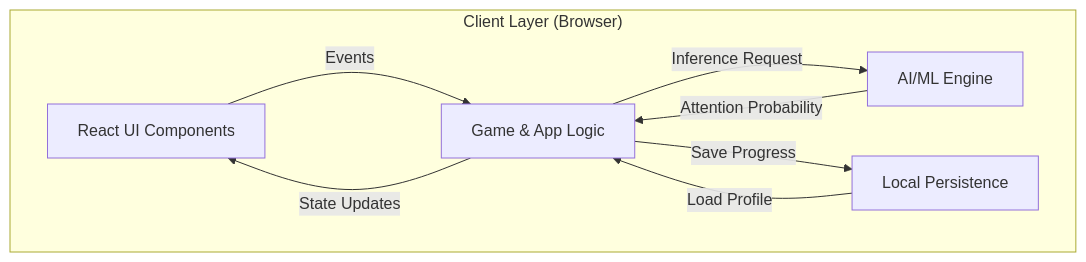
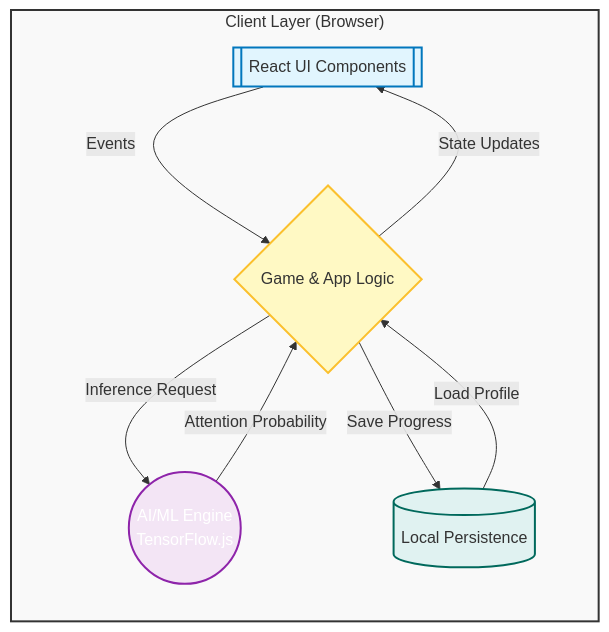
One commit to imarnv/lock-focus changed the first of 2 diagrams in README.md. Above: the diagram before and after it, drawn with Mermaid. The commit also changed other lines of this file, not shown here.

````diff
--- a/README.md
+++ b/README.md
@@ -16,16 +16,23 @@
 ```mermaid
-graph TD
-    subgraph "Client Layer (Browser)"
-        UI[React UI Components]
-        Logic[Game & App Logic]
-        AI[AI/ML Engine]
-        Storage[Local Persistence]
+flowchart TB
+    subgraph Client ["Client Layer (Browser)"]
+        direction TB
+        UI[["React UI Components"]]
+        Logic{"Game & App Logic"}
+        AI(("AI/ML Engine<br/>TensorFlow.js"))
+        Storage[("Local Persistence")]
     end
+
+    style Client fill:#f9f9f9,stroke:#333,stroke-width:2px
+    style UI fill:#e1f5fe,stroke:#0277bd,stroke-width:2px
+    style Logic fill:#fff9c4,stroke:#fbc02d,stroke-width:2px
+    style AI fill:#f3e5f5,stroke:#8e24aa,stroke-width:2px,color:#fff
+    style Storage fill:#e0f2f1,stroke:#00695c,stroke-width:2px
 
     UI -->|Events| Logic
     Logic -->|State Updates| UI
     Logic -->|Inference Request| AI
     AI -->|Attention Probability| Logic
     Logic -->|Save Progress| Storage
     Storage -->|Load Profile| Logic
 ```
````
